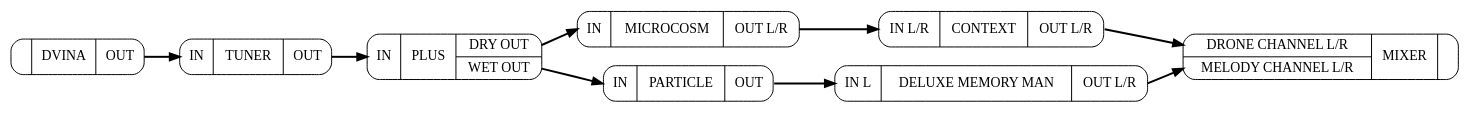
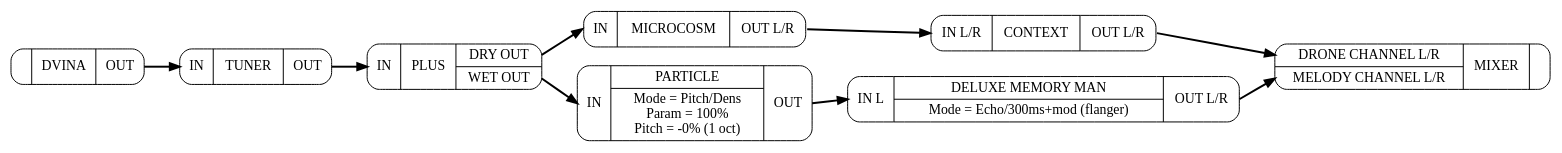
Before and after one commit to DaveSeidel/music-src: the diagram in patchbook/elegy/elegy_pedalboard.pb_graph.dot, drawn with Graphviz. The commit also changed 9 other files, not shown here.

```diff
--- a/patchbook/elegy/elegy_pedalboard.pb_graph.dot
+++ b/patchbook/elegy/elegy_pedalboard.pb_graph.dot
@@ -1,21 +1,21 @@
 digraph G{
 rankdir = LR;
 splines = polyline;
 ordering=out;
 context[label="{ {<_inlr> IN L/R}|CONTEXT| {<_outlr> OUT L/R}}"  shape=Mrecord]
-deluxememoryman[label="{ {<_inl> IN L}|DELUXE MEMORY MAN| {<_outlr> OUT L/R}}"  shape=Mrecord]
+deluxememoryman[label="{ {<_inl> IN L}|{{DELUXE MEMORY MAN}|{Mode = Echo/300ms+mod (flanger)}}| {<_outlr> OUT L/R}}"  shape=Mrecord]
 dvina[label="{ {}|DVINA| {<_out> OUT}}"  shape=Mrecord]
 microcosm[label="{ {<_in> IN}|MICROCOSM| {<_outlr> OUT L/R}}"  shape=Mrecord]
 mixer[label="{ {<_dronechannellr> DRONE CHANNEL L/R | <_melodychannellr> MELODY CHANNEL L/R}|MIXER| {}}"  shape=Mrecord]
-particle[label="{ {<_in> IN}|PARTICLE| {<_out> OUT}}"  shape=Mrecord]
+particle[label="{ {<_in> IN}|{{PARTICLE}|{Mode = Pitch/Dens\nParam = 100%\nPitch = -0% (1 oct)}}| {<_out> OUT}}"  shape=Mrecord]
 plus[label="{ {<_in> IN}|PLUS| {<_dryout> DRY OUT | <_wetout> WET OUT}}"  shape=Mrecord]
 tuner[label="{ {<_in> IN}|TUNER| {<_out> OUT}}"  shape=Mrecord]
 context:_outlr:e  -> mixer:_dronechannellr:w  [style=bold]
 dvina:_out:e  -> tuner:_in:w  [style=bold]
 plus:_dryout:e  -> microcosm:_in:w  [style=bold]
 plus:_wetout:e  -> particle:_in:w  [style=bold]
 tuner:_out:e  -> plus:_in:w  [style=bold]
 particle:_out:e  -> deluxememoryman:_inl:w  [style=bold]
 microcosm:_outlr:e  -> context:_inlr:w  [style=bold]
 deluxememoryman:_outlr:e  -> mixer:_melodychannellr:w  [style=bold]
 }
```
